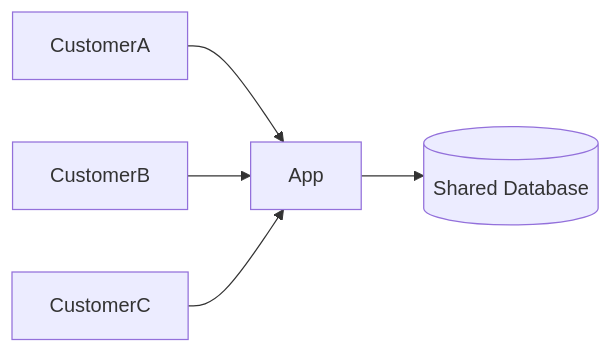
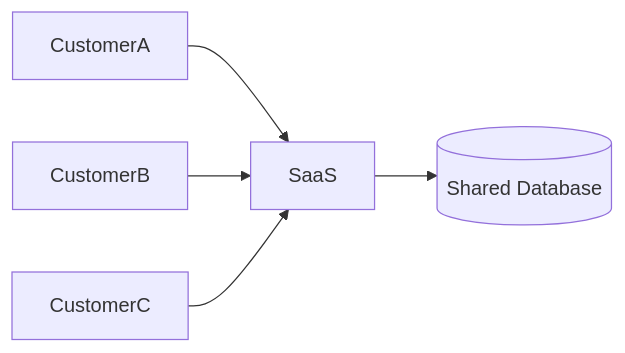
Before and after one commit to ramadhanrezza/system-design-notes: the third of 4 diagrams in saas/multi-tenant-architecture.md, drawn with Mermaid. The commit also changed other lines of this file, not shown here.

````diff
--- a/saas/multi-tenant-architecture.md
+++ b/saas/multi-tenant-architecture.md
@@ -172,9 +323,9 @@
 ```mermaid
 flowchart LR
 
-CustomerA --> App
-CustomerB --> App
-CustomerC --> App
+CustomerA --> SaaS
+CustomerB --> SaaS
+CustomerC --> SaaS
 
-App --> Database[(Shared Database)]
+SaaS --> Database[(Shared Database)]
 ```
````
